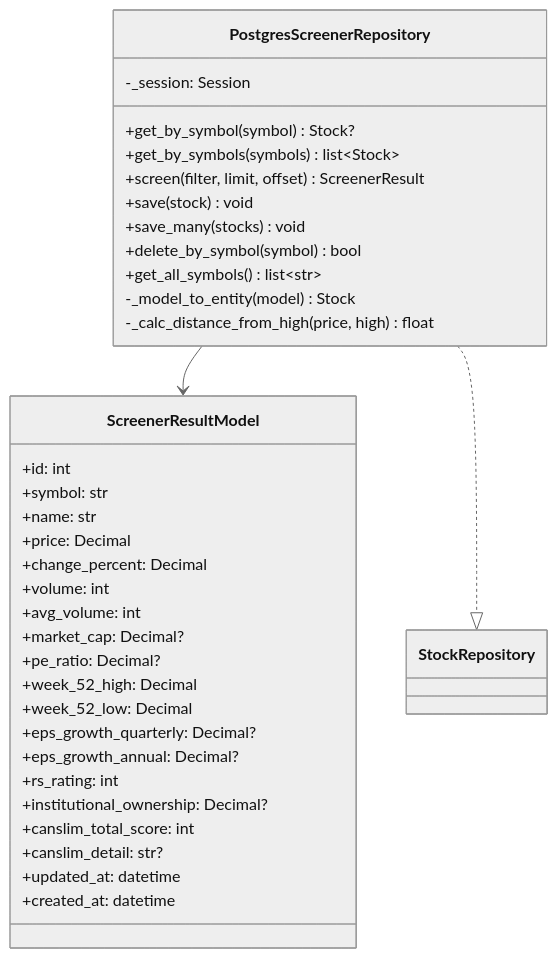
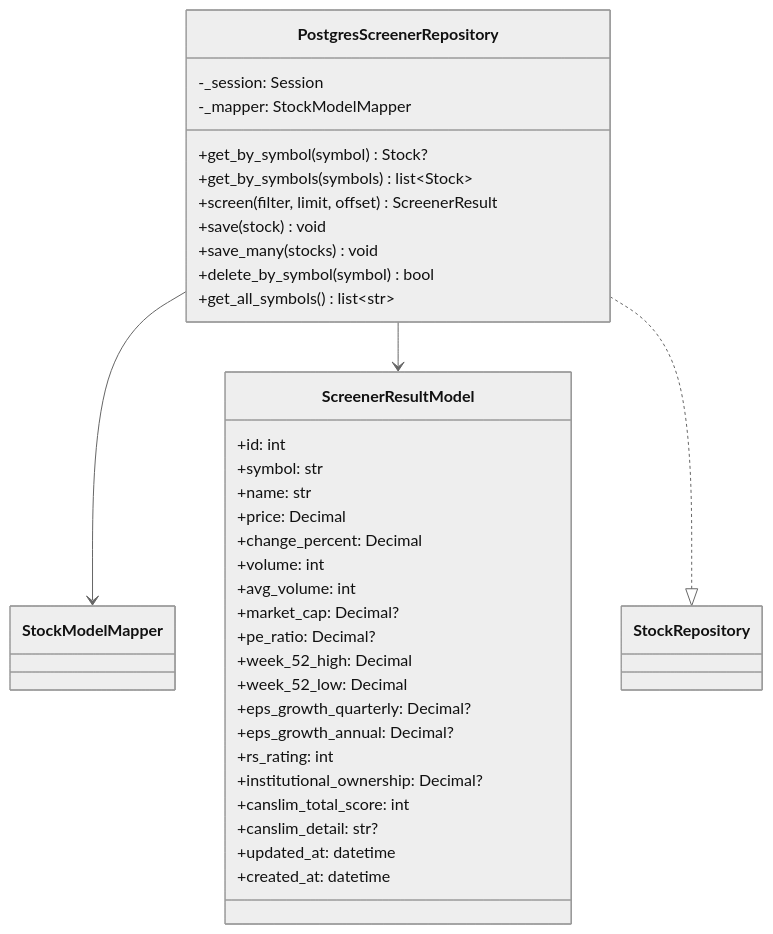
Before and after one commit to ryota197/ai-trade-pj: the seventh of 9 diagrams in docs/poc/architectures/diagrams/class-diagrams.md, drawn with Mermaid (neutral theme). The commit also changed other lines of this file and 7 other files, not shown here.

Commit message:
refactoring screener repository

````diff
--- a/docs/poc/architectures/diagrams/class-diagrams.md
+++ b/docs/poc/architectures/diagrams/class-diagrams.md
@@ -277,40 +291,40 @@
 ```mermaid
 classDiagram
     class PostgresScreenerRepository {
         -_session: Session
+        -_mapper: StockModelMapper
         +get_by_symbol(symbol) Stock?
         +get_by_symbols(symbols) list~Stock~
         +screen(filter, limit, offset) ScreenerResult
         +save(stock) void
         +save_many(stocks) void
         +delete_by_symbol(symbol) bool
         +get_all_symbols() list~str~
-        -_model_to_entity(model) Stock
-        -_calc_distance_from_high(price, high) float
     }
 
     class ScreenerResultModel {
         +id: int
         +symbol: str
         +name: str
         +price: Decimal
         +change_percent: Decimal
         +volume: int
         +avg_volume: int
         +market_cap: Decimal?
         +pe_ratio: Decimal?
         +week_52_high: Decimal
         +week_52_low: Decimal
         +eps_growth_quarterly: Decimal?
         +eps_growth_annual: Decimal?
         +rs_rating: int
         +institutional_ownership: Decimal?
         +canslim_total_score: int
         +canslim_detail: str?
         +updated_at: datetime
         +created_at: datetime
     }
 
+    PostgresScreenerRepository --> StockModelMapper
     PostgresScreenerRepository --> ScreenerResultModel
     PostgresScreenerRepository ..|> StockRepository
 ```
````
